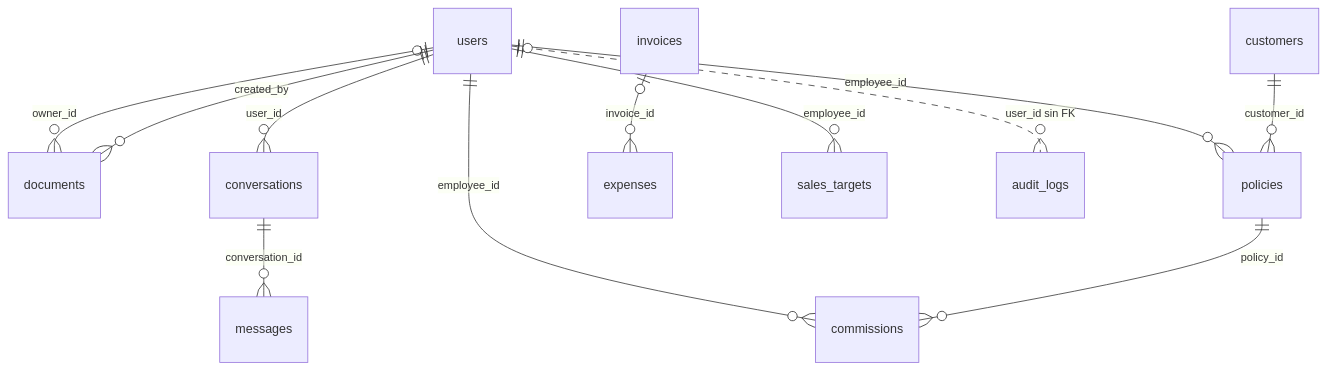
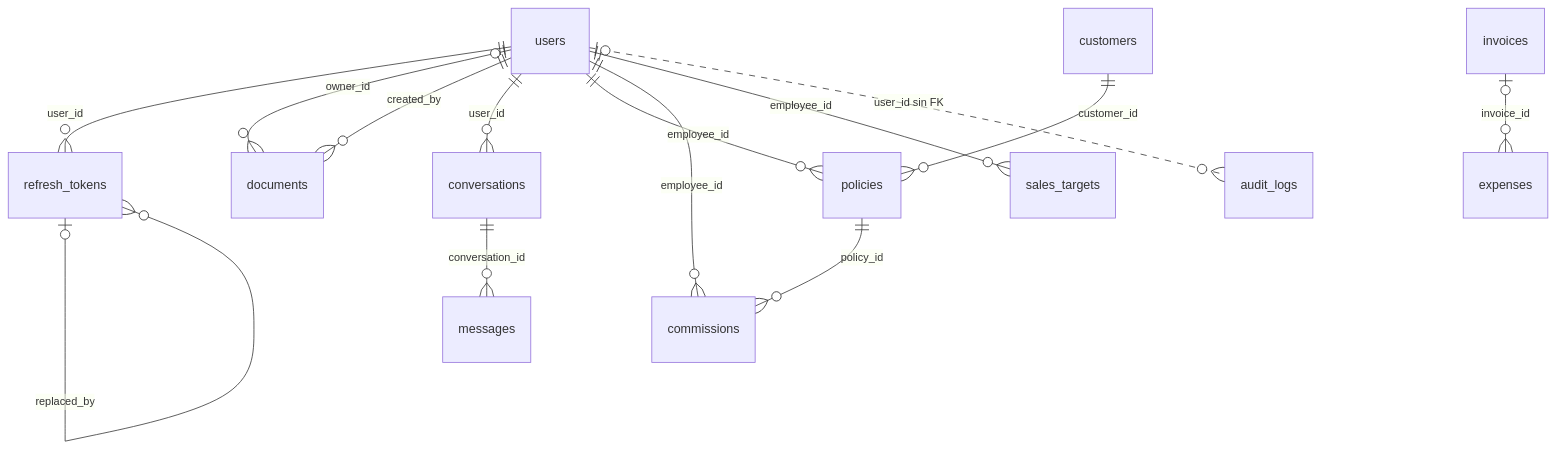
The first of 4 diagrams in docs/data-model/erd.md (pedroamas/segur_plus), drawn with Mermaid before and after one commit. The commit also changed other lines of this file and 1 other file, not shown here.

Commit message:
Esquema: sin IVA (importe único) y tabla refresh_tokens (12 tablas), ERD regenerado

````diff
--- a/docs/data-model/erd.md
+++ b/docs/data-model/erd.md
@@ -8,14 +8,16 @@
 ```mermaid
 erDiagram
+  users ||--o{ refresh_tokens : "user_id"
+  refresh_tokens |o--o{ refresh_tokens : "replaced_by"
   users |o--o{ documents : "owner_id"
   users ||--o{ documents : "created_by"
   users ||--o{ conversations : "user_id"
   conversations ||--o{ messages : "conversation_id"
   users ||--o{ policies : "employee_id"
   customers ||--o{ policies : "customer_id"
   users ||--o{ commissions : "employee_id"
   policies ||--o{ commissions : "policy_id"
   invoices |o--o{ expenses : "invoice_id"
   users ||--o{ sales_targets : "employee_id"
   users |o..o{ audit_logs : "user_id sin FK"
 ```
````
